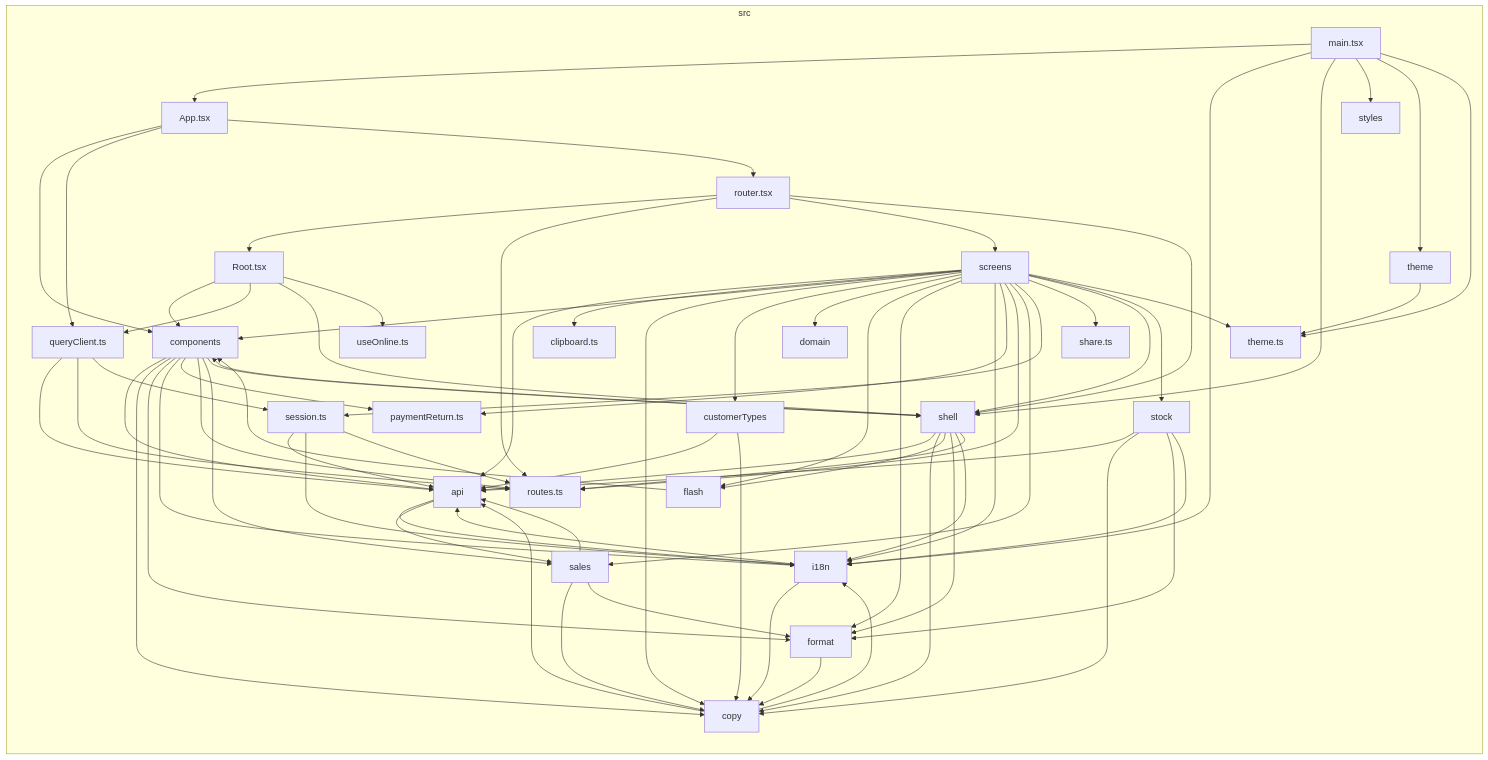
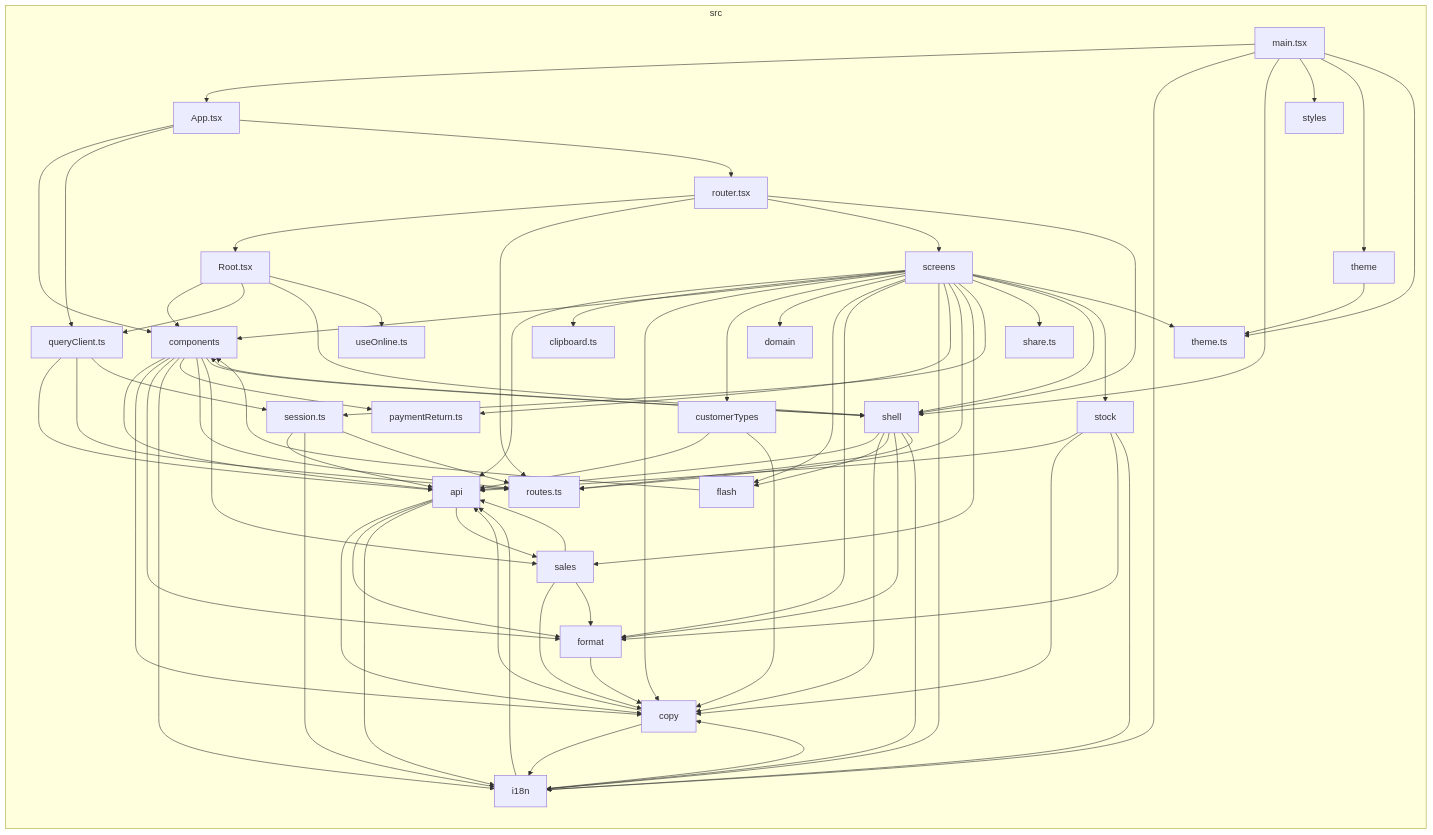
One commit to GonzaloZevallos/apostrophe changed the diagram in docs/architecture/generated/front-modules/overview.md. Above: the diagram before and after it, drawn with Mermaid. The commit also changed 1 other file, not shown here.

Commit message:
Refresh the generated front-module docs for the amount refusal helper

```diff
--- a/docs/architecture/generated/front-modules/overview.md
+++ b/docs/architecture/generated/front-modules/overview.md
@@ -41,6 +41,8 @@
 src_Root_tsx-->src_queryClient_ts
 src_Root_tsx-->src_shell
 src_Root_tsx-->src_useOnline_ts
+src_api-->src_copy
+src_api-->src_format
 src_api-->src_i18n
 src_api-->src_sales
 src_components-->src_api
```
